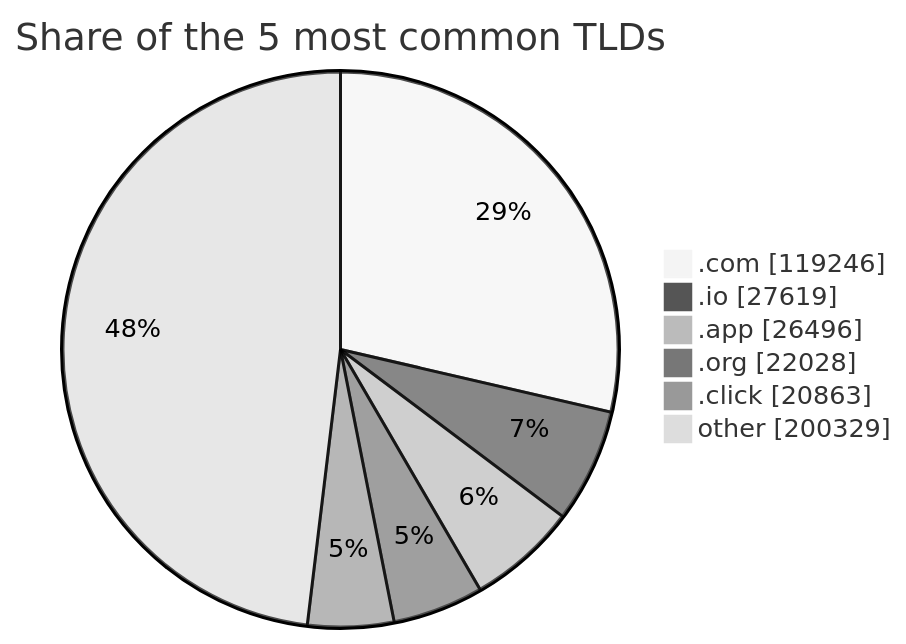
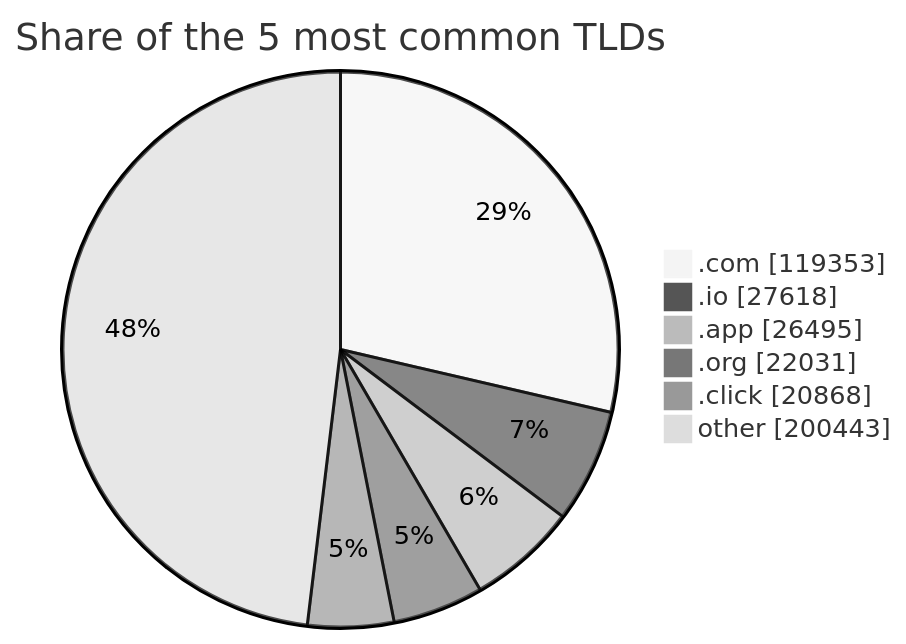
The third of 3 diagrams in README.md (DNSBunker/CTI), drawn with Mermaid (neutral theme) before and after one commit. The commit also changed other lines of this file and 3 other files, not shown here.

````diff
--- a/README.md
+++ b/README.md
@@ -81,9 +81,9 @@
 ```mermaid
 pie showData title Share of the 5 most common TLDs
-    ".com" : 119246
-    ".io" : 27619
-    ".app" : 26496
-    ".org" : 22028
-    ".click" : 20863
-    "other" : 200329
+    ".com" : 119353
+    ".io" : 27618
+    ".app" : 26495
+    ".org" : 22031
+    ".click" : 20868
+    "other" : 200443
 ```
````
